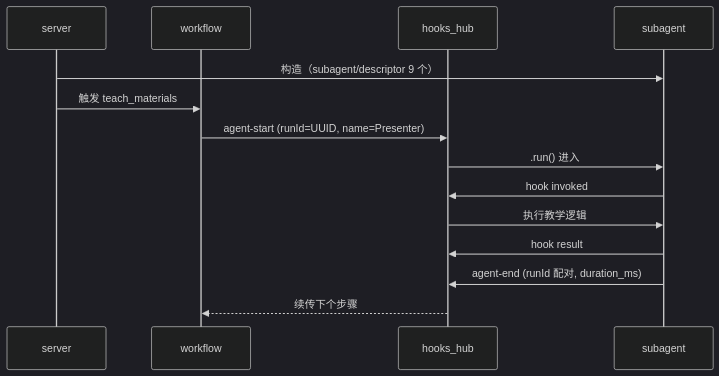
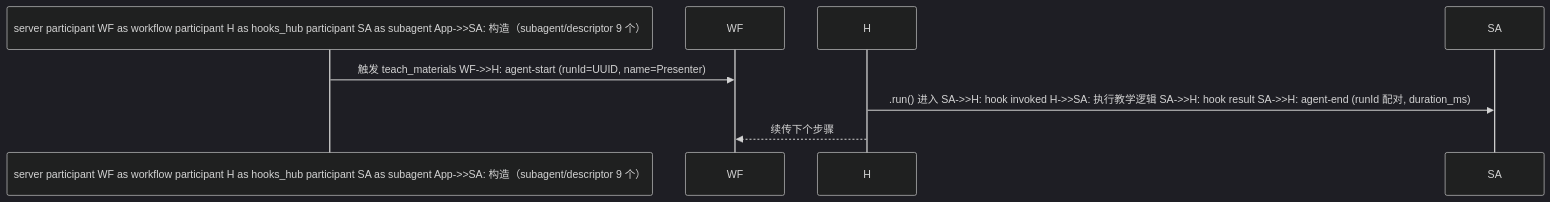
The seventh of 8 diagrams in PAEG技术说明.md (Golden2002/PAEG), drawn with Mermaid before and after one commit. The commit also changed other lines of this file, not shown here.

````diff
--- a/PAEG技术说明.md
+++ b/PAEG技术说明.md
@@ -601,17 +468,7 @@
 ```mermaid
 %%{init: {'theme': 'dark'}}%%
-sequenceDiagram
-    participant App as server
-    participant WF as workflow
-    participant H as hooks_hub
-    participant SA as subagent
-    App->>SA: 构造（subagent/descriptor 9 个）
-    App->>WF: 触发 teach_materials
-    WF->>H: agent-start (runId=UUID, name=Presenter)
-    H->>SA: .run() 进入
-    SA->>H: hook invoked
-    H->>SA: 执行教学逻辑
-    SA->>H: hook result
-    SA->>H: agent-end (runId 配对, duration_ms)
+sequenceDiagram participant App as server participant WF as workflow participant H as hooks_hub participant SA as subagent App->>SA: 构造（subagent/descriptor 9 个）
+    App->>WF: 触发 teach_materials WF->>H: agent-start (runId=UUID, name=Presenter)
+    H->>SA: .run() 进入 SA->>H: hook invoked H->>SA: 执行教学逻辑 SA->>H: hook result SA->>H: agent-end (runId 配对, duration_ms)
     H-->>WF: 续传下个步骤
 ```
````
